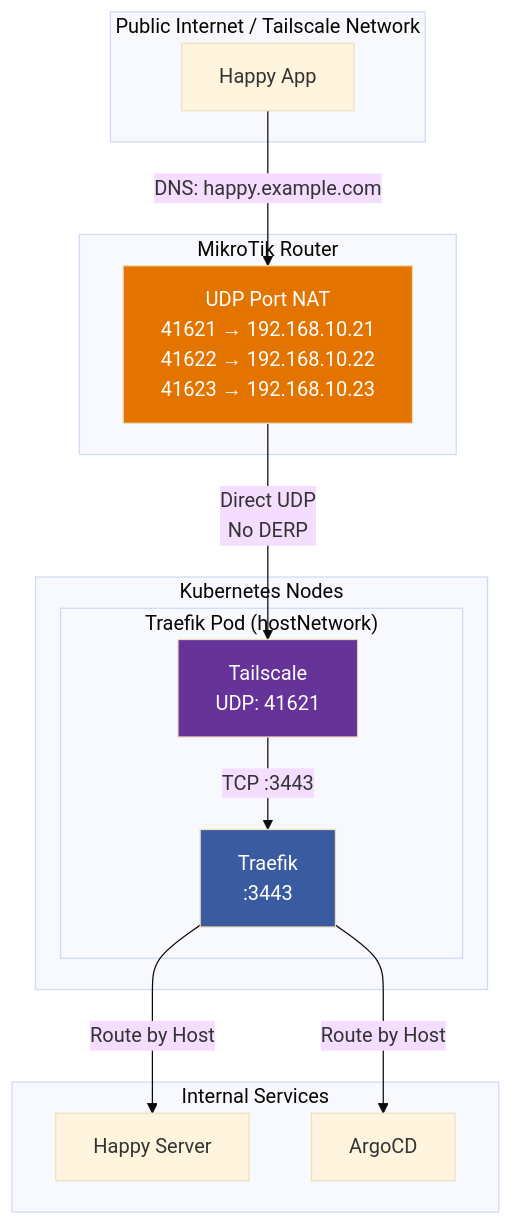
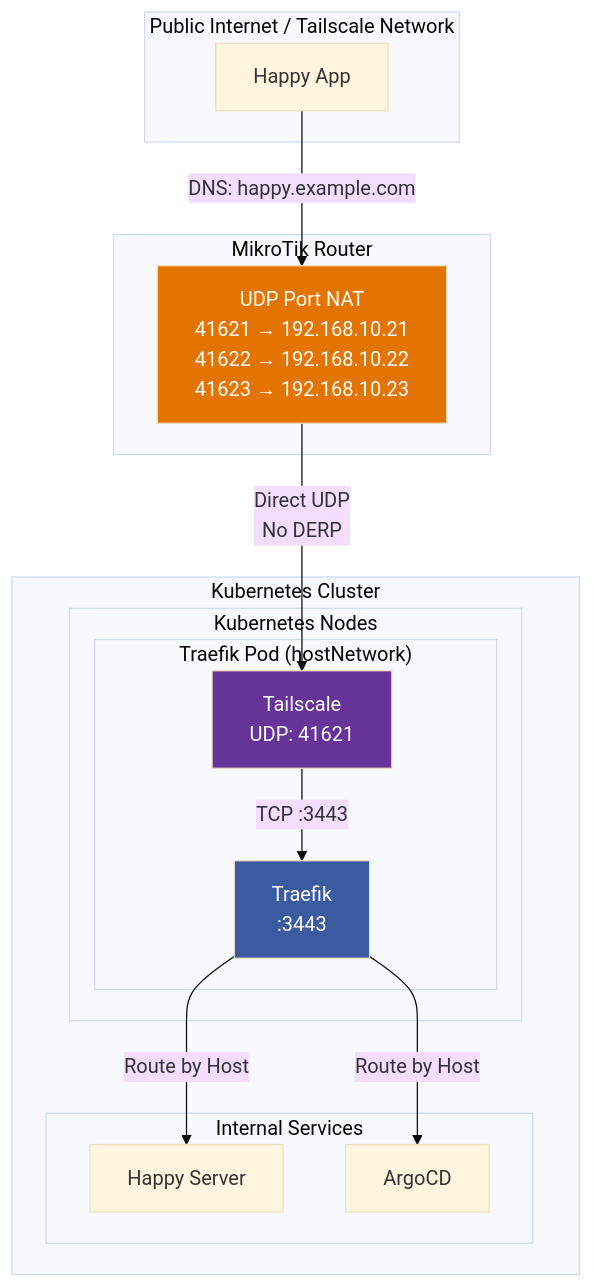
One commit to denysvitali/denvit-blog changed the first of 2 diagrams in content/posts/tailscale-traefik-private-ca.md. Above: the diagram before and after it, drawn with Mermaid (base theme).

Commit message:
docs: move internal services inside Kubernetes cluster in architecture diagram
Fix the first diagram to properly nest Internal Services under K8s.

🤖 Generated with [Claude Code](https://claude.ai/code)

````diff
--- a/content/posts/tailscale-traefik-private-ca.md
+++ b/content/posts/tailscale-traefik-private-ca.md
@@ -38,35 +38,37 @@
 ```mermaid
 flowchart TB
     subgraph Internet["Public Internet / Tailscale Network"]
         Client["Happy App"]
     end
 
     subgraph Router["MikroTik Router"]
         NAT["UDP Port NAT\n41621 → 192.168.10.21\n41622 → 192.168.10.22\n41623 → 192.168.10.23"]
     end
 
-    subgraph Nodes["Kubernetes Nodes"]
-        subgraph TraefikPod["Traefik Pod (hostNetwork)"]
-            TS["Tailscale\nUDP: 41621"]
-            Traefik["Traefik\n:3443"]
+    subgraph K8s["Kubernetes Cluster"]
+        subgraph Nodes["Kubernetes Nodes"]
+            subgraph TraefikPod["Traefik Pod (hostNetwork)"]
+                TS["Tailscale\nUDP: 41621"]
+                Traefik["Traefik\n:3443"]
+            end
         end
-    end
 
-    subgraph Cluster["Internal Services"]
-        Happy["Happy Server"]
-        ArgoCD["ArgoCD"]
+        subgraph Cluster["Internal Services"]
+            Happy["Happy Server"]
+            ArgoCD["ArgoCD"]
+        end
     end
 
     Client -->|"DNS: happy.example.com"| NAT
     NAT -->|"Direct UDP\nNo DERP"| TS
     TS -->|"TCP :3443"| Traefik
     Traefik -->|"Route by Host"| Happy
     Traefik -->|"Route by Host"| ArgoCD
 
     classDef tailscale fill:#663399,color:#fff
     classDef traefik fill:#3A5BA0,color:#fff
     classDef router fill:#E37400,color:#fff
     class TS tailscale
     class Traefik traefik
     class NAT router
 ```
````
